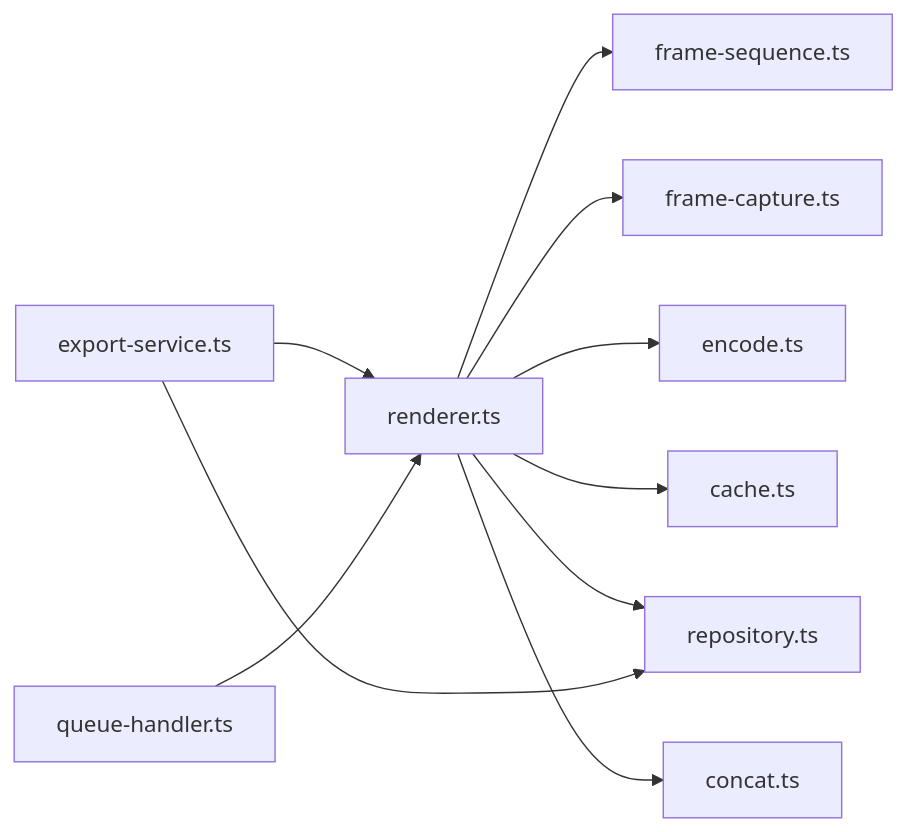
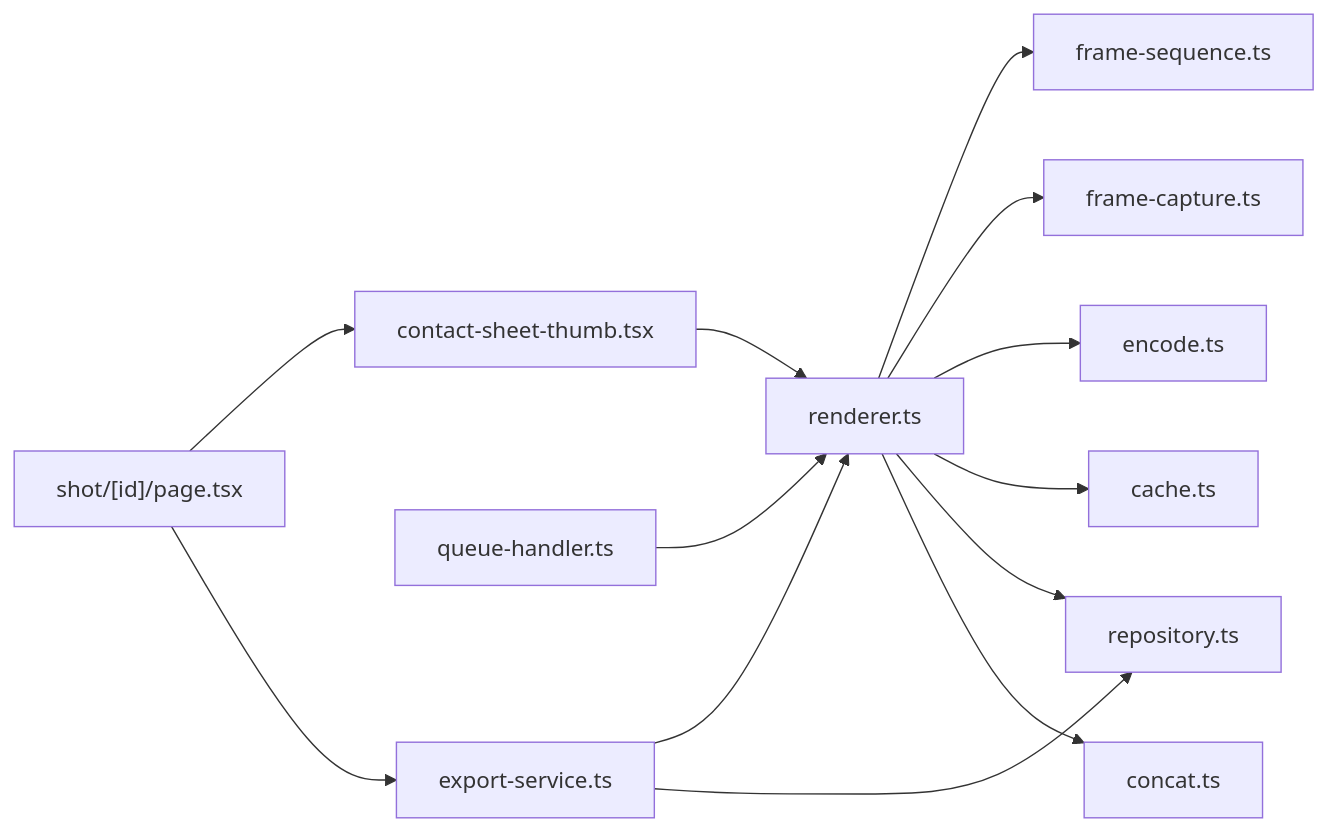
Diagram 14 of 14 in .qoder/repowiki/zh/content/架构设计/核心模块设计/渲染引擎设计/渲染引擎设计.md (AIMFllyYS/code-video-canvas), drawn with Mermaid before and after one commit. The commit also changed other lines of this file and 31 other files, not shown here.

````diff
--- a/.qoder/repowiki/zh/content/架构设计/核心模块设计/渲染引擎设计/渲染引擎设计.md
+++ b/.qoder/repowiki/zh/content/架构设计/核心模块设计/渲染引擎设计/渲染引擎设计.md
@@ -488,12 +660,15 @@
 ```mermaid
 graph LR
 R["renderer.ts"] --> FS["frame-sequence.ts"]
 R --> FC["frame-capture.ts"]
 R --> ENC["encode.ts"]
 R --> C["cache.ts"]
 R --> REPO["repository.ts"]
 R --> CAT["concat.ts"]
 EXP["export-service.ts"] --> R
 EXP --> REPO
 QH["queue-handler.ts"] --> R
+THUMB["contact-sheet-thumb.tsx"] --> R
+SHOT_PAGE["shot/[id]/page.tsx"] --> THUMB
+SHOT_PAGE --> EXP
 ```
````
